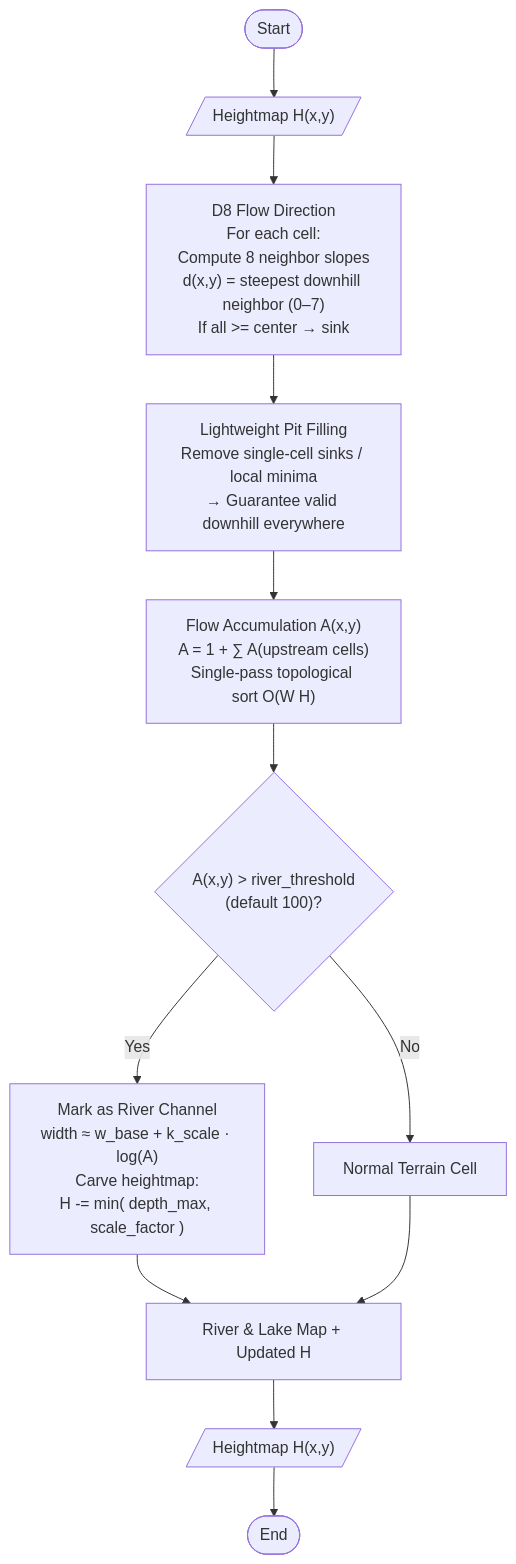
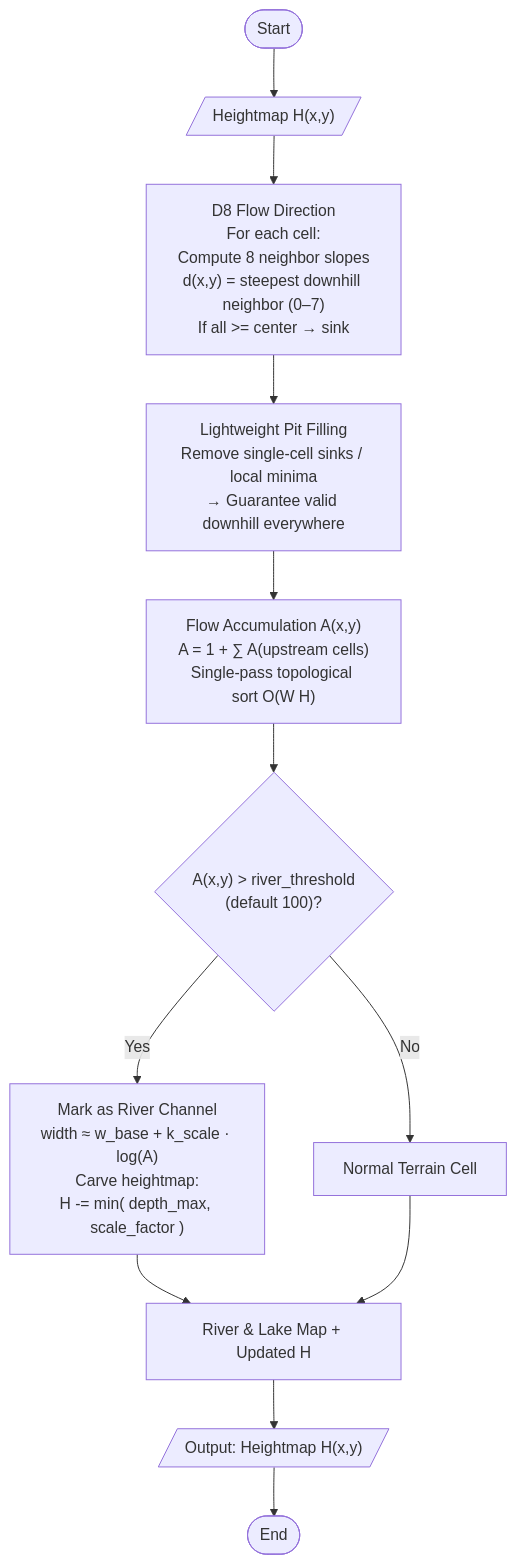
The third of 4 diagrams in README.md (Montmont20z/Terrain-Generation-Algorithm), drawn with Mermaid before and after one commit.

````diff
--- a/README.md
+++ b/README.md
@@ -120,17 +120,17 @@
 ```mermaid
 flowchart TD
     Start([Start]) --> Input[/"Heightmap H(x,y)"/]
     Input --> D8["D8 Flow Direction<br>For each cell:<br>Compute 8 neighbor slopes<br>d(x,y) = steepest downhill neighbor (0–7)<br>If all >= center → sink"]
     D8 --> PitFill["Lightweight Pit Filling<br>Remove single-cell sinks / local minima<br>→ Guarantee valid downhill everywhere"]
     PitFill --> FlowAcc["Flow Accumulation A(x,y)<br>A = 1 + ∑ A(upstream cells)<br>Single-pass topological sort O(W H)"]
     FlowAcc --> Decision{"A(x,y) > river_threshold<br>(default 100)?"}
     
     Decision -- Yes --> River["Mark as River Channel<br>width ≈ w_base + k_scale · log(A)<br>Carve heightmap:<br>H -= min( depth_max, scale_factor )"]
     Decision -- No --> Normal["Normal Terrain Cell"]
     
     River --> Combine["River & Lake Map + Updated H"]
     Normal --> Combine
     
-    Combine --> Output[/"Heightmap H(x,y)"/]
+    Combine --> Output[/"Output: Heightmap H(x,y)"/]
     Output --> End([End])
 ```
````
